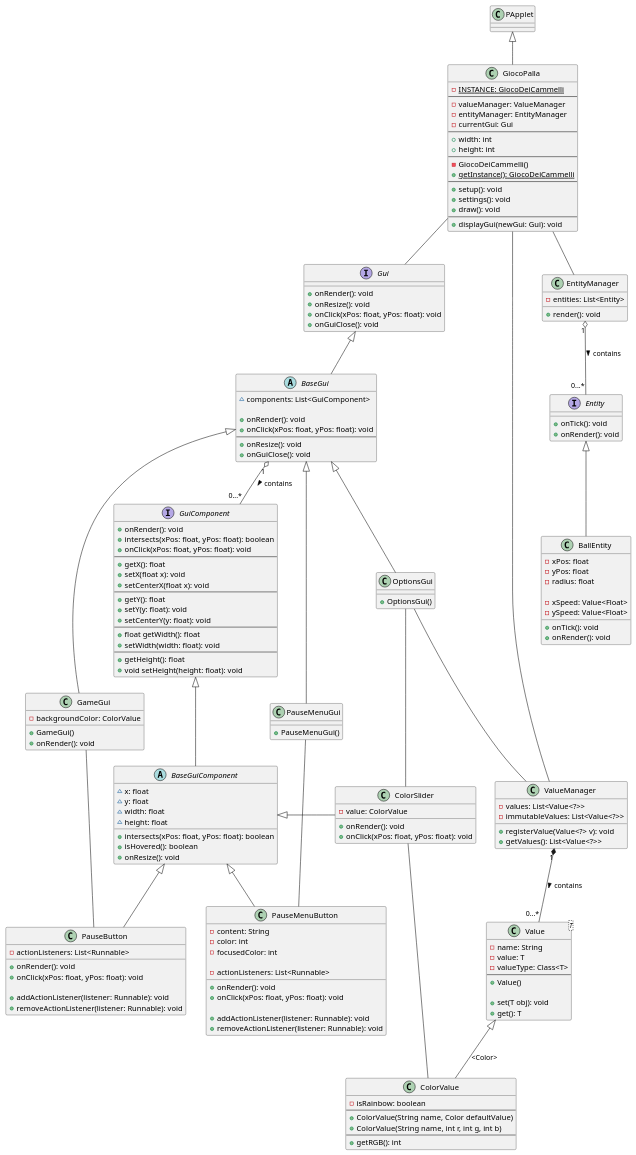
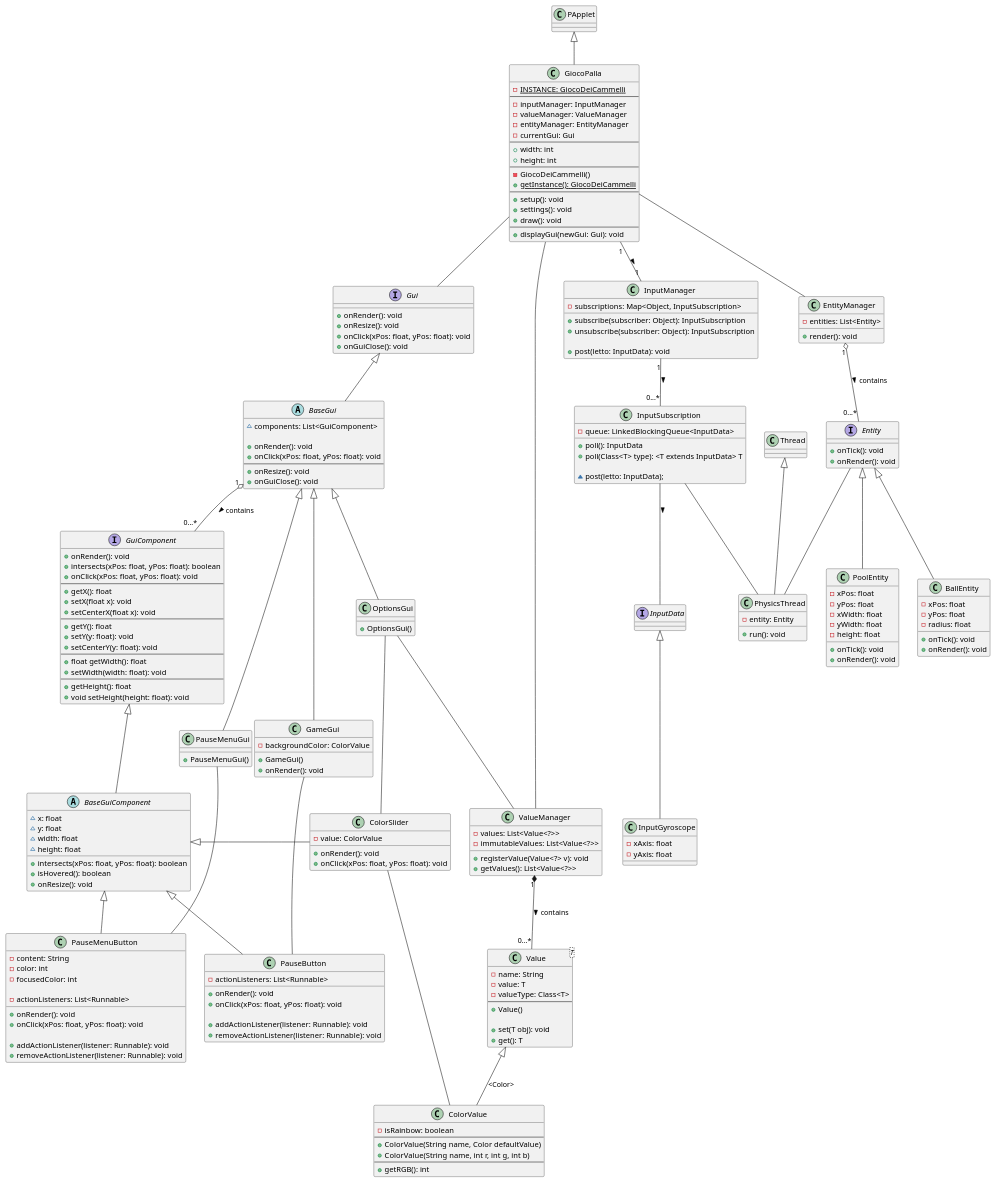
One commit to Furrrlo/GiocoDeiCammelli changed the diagram in docs/DIAGRAMMA_CLASSI.puml. Above: the diagram before and after it, drawn with PlantUML. The commit also changed 3 other files, not shown here.

Commit message:
Update del diagramma delle classi + rinominata classe thread

```diff
--- a/docs/DIAGRAMMA_CLASSI.puml
+++ b/docs/DIAGRAMMA_CLASSI.puml
@@ -5,7 +5,7 @@
 class GiocoPalla {
     -{static} INSTANCE: GiocoDeiCammelli
     --
-    '-inputManager: InputManager
+    -inputManager: InputManager
     -valueManager: ValueManager
     -entityManager: EntityManager
     -currentGui: Gui
@@ -30,7 +30,7 @@
     +displayGui(newGui: Gui): void
 }
 
-/'GiocoDeiCammelli"1" -- "1"InputManager: >
+GiocoPalla"1" -- "1"InputManager: >
 
 class InputManager {
     -subscriptions: Map<Object, InputSubscription>
@@ -52,7 +52,7 @@
     ~post(letto: InputData);
 }
 
-InputSubscription - InputData: >
+InputSubscription -- InputData: >
 
 interface InputData {
 }
@@ -62,7 +62,7 @@
     -yAxis: float
 }
 
-InputData <|-  InputGyroscope'/
+InputData <|--  InputGyroscope
 
 GiocoPalla -- Gui
 
@@ -167,6 +167,16 @@
     +onRender(): void
 }
 
+Thread <|-- PhysicsThread
+Entity -- PhysicsThread
+InputSubscription -- PhysicsThread
+
+class PhysicsThread {
+    -entity: Entity
+
+    +run(): void
+}
+
 Entity <|-- BallEntity
 
 class BallEntity {
@@ -174,12 +184,23 @@
     -yPos: float
     -radius: float
 
-    -xSpeed: Value<Float>
-    -ySpeed: Value<Float>
-
     'Muove la palla
     +onTick(): void
     'Disegna la palla
+    +onRender(): void
+}
+
+Entity <|-- PoolEntity
+
+'TODO: figure out how to do this
+class PoolEntity {
+    -xPos: float
+    -yPos: float
+    -xWidth: float
+    -yWidth: float
+    -height: float
+
+    +onTick(): void
     +onRender(): void
 }
 
```
